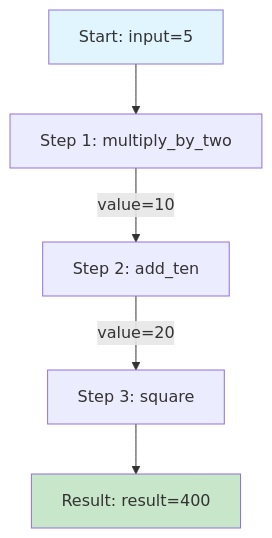
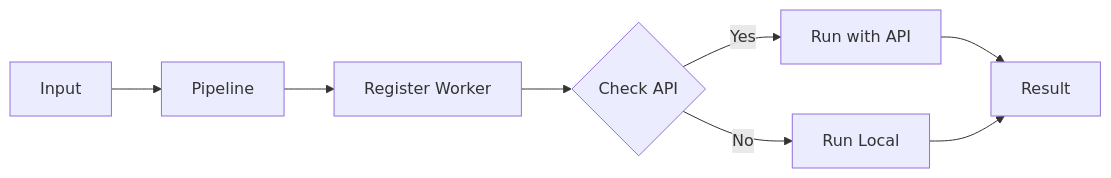
One commit to wisrovi/wpipe changed the first of 5 diagrams in examples/01_basic_pipeline/01_simple_function/README.md. Above: the diagram before and after it, drawn with Mermaid. The commit also changed other lines of this file and 182 other files, not shown here.

First line of the commit message:
Add type hints, docstrings, and Mermaid diagrams to all examples

````diff
--- a/examples/01_basic_pipeline/01_simple_function/README.md
+++ b/examples/01_basic_pipeline/01_simple_function/README.md
@@ -14,10 +14,10 @@
 ```mermaid
-flowchart TD
-    A[Start: input=5] --> B[Step 1: multiply_by_two]
-    B -->|value=10| C[Step 2: add_ten]
-    C -->|value=20| D[Step 3: square]
-    D --> E[Result: result=400]
-    
-    style A fill:#e1f5fe
-    style E fill:#c8e6c9
+graph LR
+    A[Input] --> B[Pipeline]
+    B --> C[Register Worker]
+    C --> D{Check API}
+    D -->|Yes| E[Run with API]
+    D -->|No| F[Run Local]
+    E --> G[Result]
+    F --> G
 ```
````
